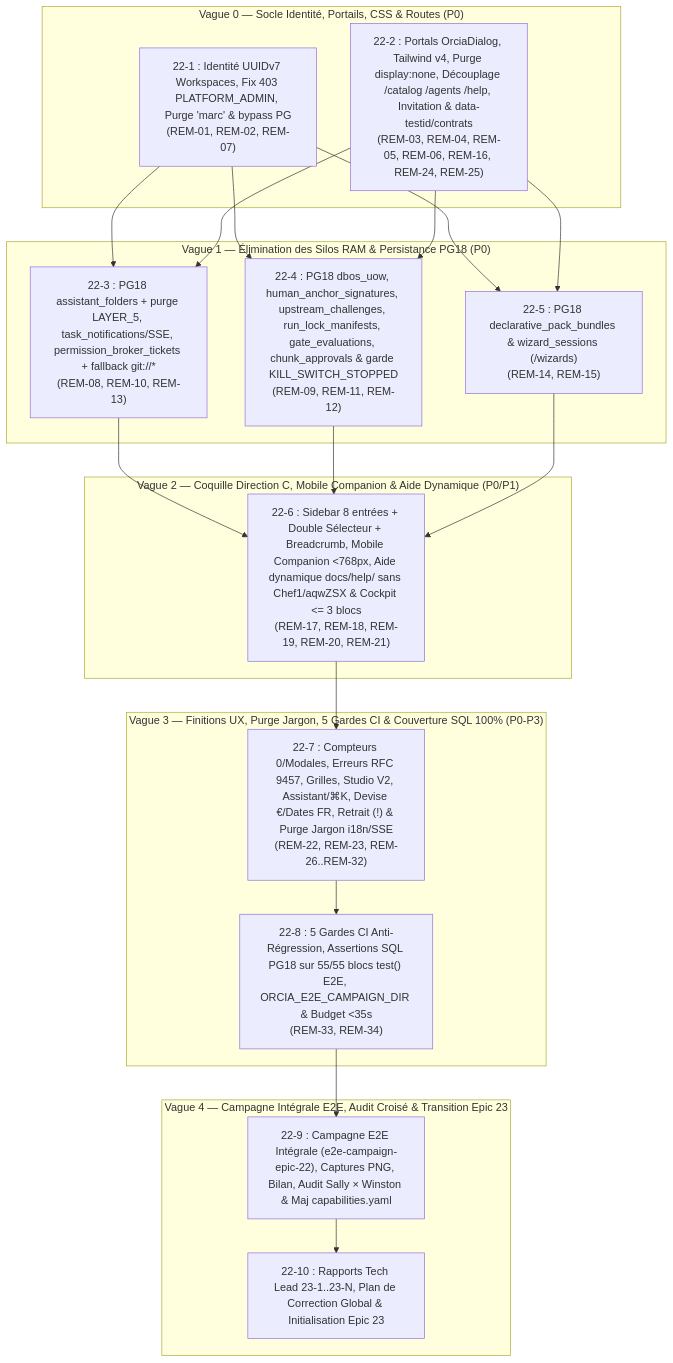
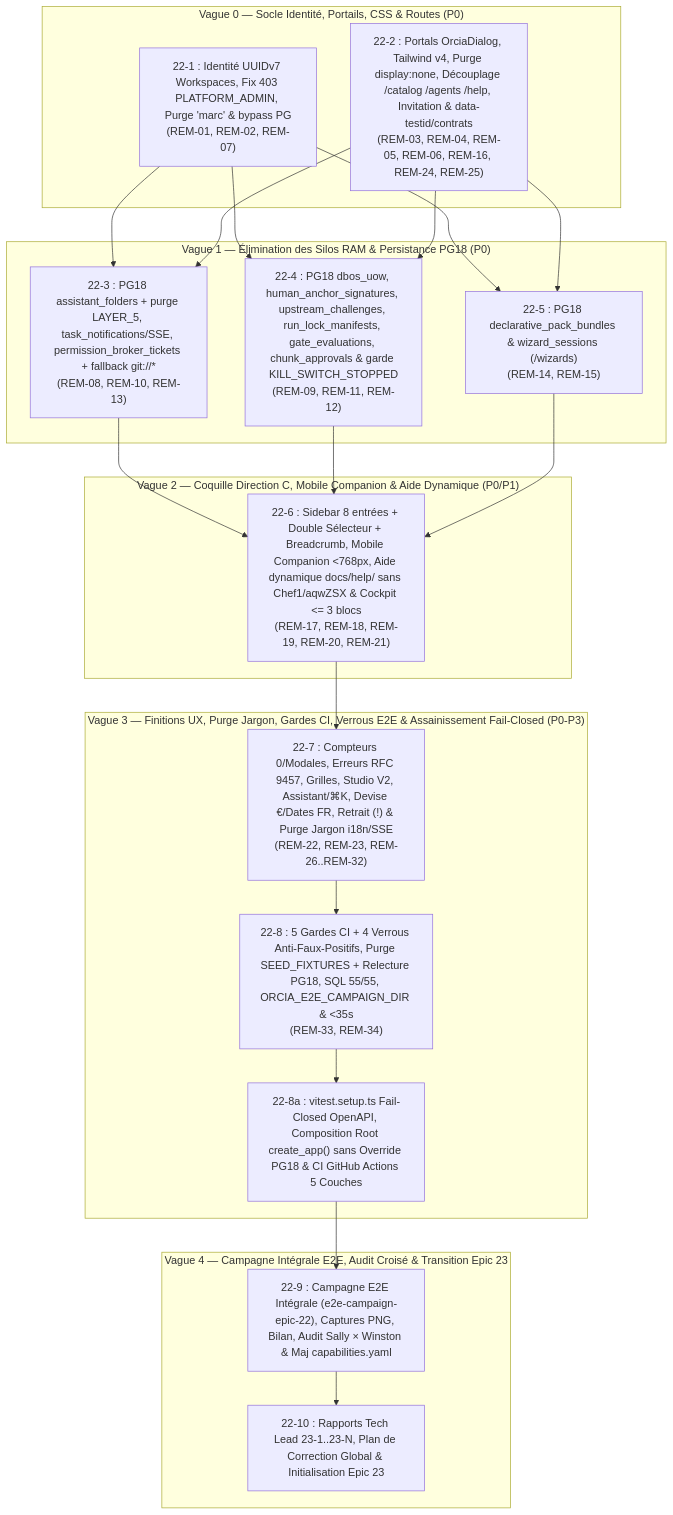
One commit to rom1es/ORCIA changed the diagram in docs/planning-artifacts/sprint-change-proposal-2026-11-18-epic-22-remediation-plan.md. Above: the diagram before and after it, drawn with Mermaid. The commit also changed other lines of this file and 11 other files, not shown here.

````diff
--- a/docs/planning-artifacts/sprint-change-proposal-2026-11-18-epic-22-remediation-plan.md
+++ b/docs/planning-artifacts/sprint-change-proposal-2026-11-18-epic-22-remediation-plan.md
@@ -45,41 +46,43 @@
 ```mermaid
 flowchart TD
     subgraph V0["Vague 0 — Socle Identité, Portails, CSS & Routes (P0)"]
         S221["22-1 : Identité UUIDv7 Workspaces, Fix 403 PLATFORM_ADMIN, Purge 'marc' & bypass PG<br/>(REM-01, REM-02, REM-07)"]
         S222["22-2 : Portals OrciaDialog, Tailwind v4, Purge display:none, Découplage /catalog /agents /help, Invitation & data-testid/contrats<br/>(REM-03, REM-04, REM-05, REM-06, REM-16, REM-24, REM-25)"]
     end
 
     subgraph V1["Vague 1 — Élimination des Silos RAM & Persistance PG18 (P0)"]
         S223["22-3 : PG18 assistant_folders + purge LAYER_5, task_notifications/SSE, permission_broker_tickets + fallback git://*<br/>(REM-08, REM-10, REM-13)"]
         S224["22-4 : PG18 dbos_uow, human_anchor_signatures, upstream_challenges, run_lock_manifests, gate_evaluations, chunk_approvals & garde KILL_SWITCH_STOPPED<br/>(REM-09, REM-11, REM-12)"]
         S225["22-5 : PG18 declarative_pack_bundles & wizard_sessions (/wizards)<br/>(REM-14, REM-15)"]
     end
 
     subgraph V2["Vague 2 — Coquille Direction C, Mobile Companion & Aide Dynamique (P0/P1)"]
         S226["22-6 : Sidebar 8 entrées + Double Sélecteur + Breadcrumb, Mobile Companion <768px, Aide dynamique docs/help/ sans Chef1/aqwZSX & Cockpit <= 3 blocs<br/>(REM-17, REM-18, REM-19, REM-20, REM-21)"]
     end
 
-    subgraph V3["Vague 3 — Finitions UX, Purge Jargon, 5 Gardes CI & Couverture SQL 100% (P0-P3)"]
+    subgraph V3["Vague 3 — Finitions UX, Purge Jargon, Gardes CI, Verrous E2E & Assainissement Fail-Closed (P0-P3)"]
         S227["22-7 : Compteurs 0/Modales, Erreurs RFC 9457, Grilles, Studio V2, Assistant/⌘K, Devise €/Dates FR, Retrait (!) & Purge Jargon i18n/SSE<br/>(REM-22, REM-23, REM-26..REM-32)"]
-        S228["22-8 : 5 Gardes CI Anti-Régression, Assertions SQL PG18 sur 55/55 blocs test() E2E, ORCIA_E2E_CAMPAIGN_DIR & Budget <35s<br/>(REM-33, REM-34)"]
+        S228["22-8 : 5 Gardes CI + 4 Verrous Anti-Faux-Positifs, Purge SEED_FIXTURES + Relecture PG18, SQL 55/55, ORCIA_E2E_CAMPAIGN_DIR & <35s<br/>(REM-33, REM-34)"]
+        S228A["22-8a : vitest.setup.ts Fail-Closed OpenAPI, Composition Root create_app() sans Override PG18 & CI GitHub Actions 5 Couches"]
     end
 
     subgraph V4["Vague 4 — Campagne Intégrale E2E, Audit Croisé & Transition Epic 23"]
         S229["22-9 : Campagne E2E Intégrale (e2e-campaign-epic-22), Captures PNG, Bilan, Audit Sally × Winston & Maj capabilities.yaml"]
         S2210["22-10 : Rapports Tech Lead 23-1..23-N, Plan de Correction Global & Initialisation Epic 23"]
     end
 
     S221 --> S223
     S221 --> S224
     S221 --> S225
     S222 --> S223
     S222 --> S224
     S222 --> S225
     S223 --> S226
     S224 --> S226
     S225 --> S226
     S226 --> S227
     S227 --> S228
-    S228 --> S229
+    S228 --> S228A
+    S228A --> S229
     S229 --> S2210
 ```
````
